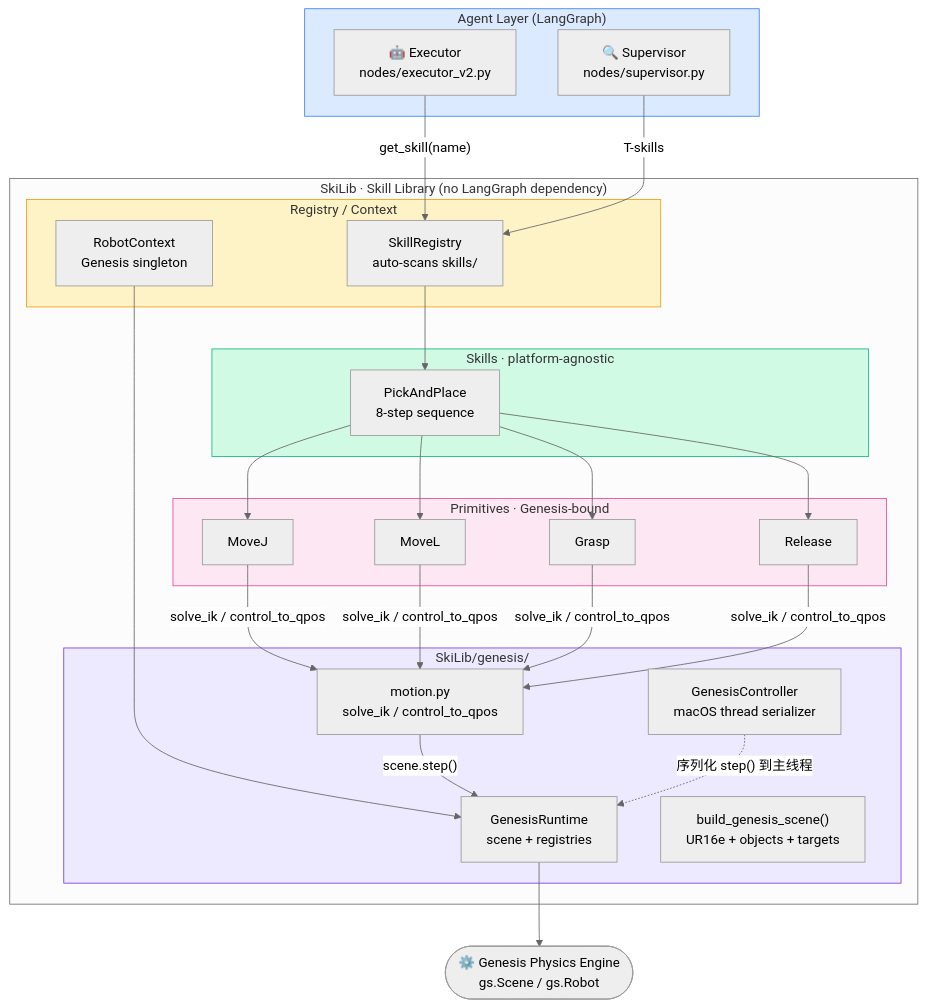
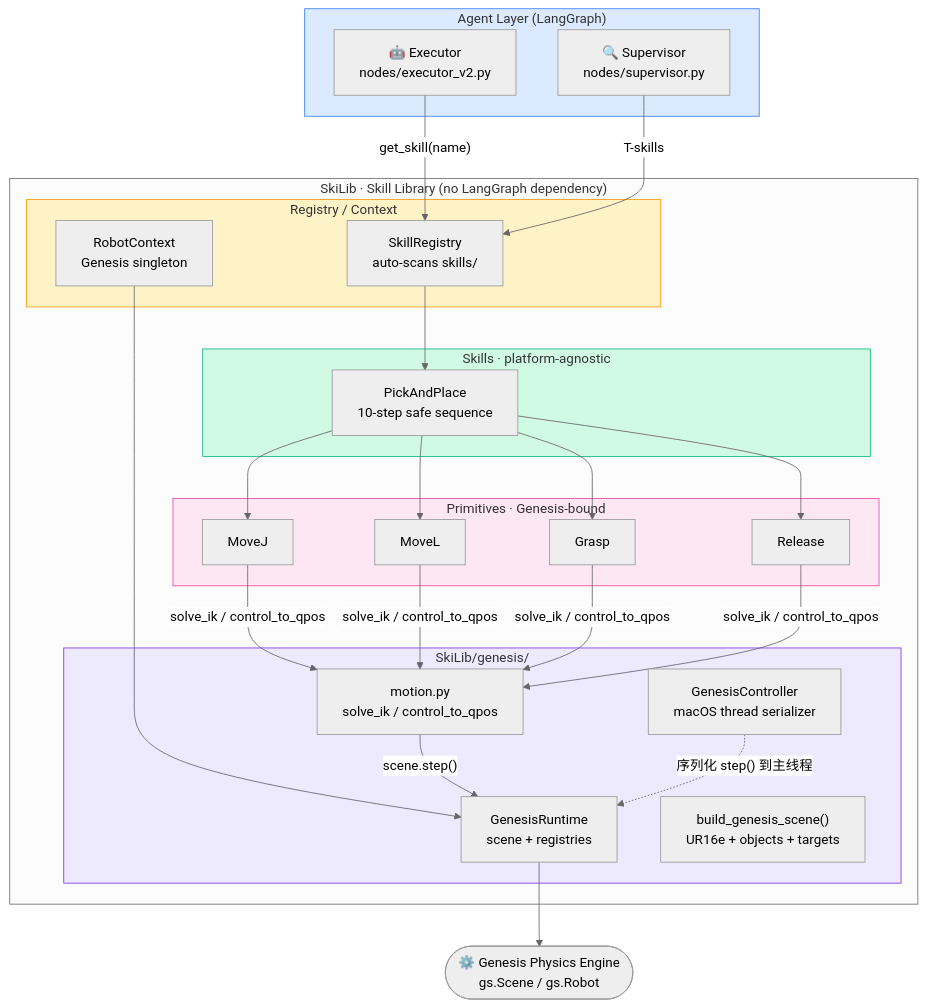
One commit to SniperPigeon/RoboSkiAgent changed the first of 2 diagrams in SkiLib/ARCHITECTURE.md. Above: the diagram before and after it, drawn with Mermaid (neutral theme). The commit also changed 7 other files, not shown here.

````diff
--- a/SkiLib/ARCHITECTURE.md
+++ b/SkiLib/ARCHITECTURE.md
@@ -11,45 +11,45 @@
 ```mermaid
 graph TB
     subgraph Agent["Agent Layer (LangGraph)"]
         EXE["🤖 Executor\nnodes/executor_v2.py"]
         SUP["🔍 Supervisor\nnodes/supervisor.py"]
     end
 
     subgraph SkiLib["SkiLib · Skill Library (no LangGraph dependency)"]
         subgraph Reg["Registry / Context"]
             SR["SkillRegistry\nauto-scans skills/"]
             RC["RobotContext\nGenesis singleton"]
         end
         subgraph Skills["Skills · platform-agnostic"]
-            PaP["PickAndPlace\n8-step sequence"]
+            PaP["PickAndPlace\n10-step safe sequence"]
         end
         subgraph Prims["Primitives · Genesis-bound"]
             MJ["MoveJ"] & ML["MoveL"]
             GR["Grasp"] & RE["Release"]
         end
         subgraph Genesis["SkiLib/genesis/"]
             GRT["GenesisRuntime\nscene + registries"]
             GSC["build_genesis_scene()\nUR16e + objects + targets"]
             GMO["motion.py\nsolve_ik / control_to_qpos"]
             GCT["GenesisController\nmacOS thread serializer"]
         end
     end
 
     GS(["⚙️ Genesis Physics Engine\ngs.Scene / gs.Robot"])
 
     EXE -->|"get_skill(name)"| SR
     SUP -->|"T-skills"| SR
     SR --> PaP
     PaP --> MJ & ML & GR & RE
     RC --> GRT
     MJ & ML & GR & RE -->|"solve_ik / control_to_qpos"| GMO
     GMO -->|"scene.step()"| GRT
     GRT --> GS
     GCT -.->|"序列化 step() 到主线程"| GRT
 
     style Agent fill:#dbeafe,stroke:#3b82f6
     style Skills fill:#d1fae5,stroke:#10b981
     style Prims fill:#fce7f3,stroke:#ec4899
     style Reg fill:#fef3c7,stroke:#f59e0b
     style Genesis fill:#ede9fe,stroke:#7c3aed
 ```
````
